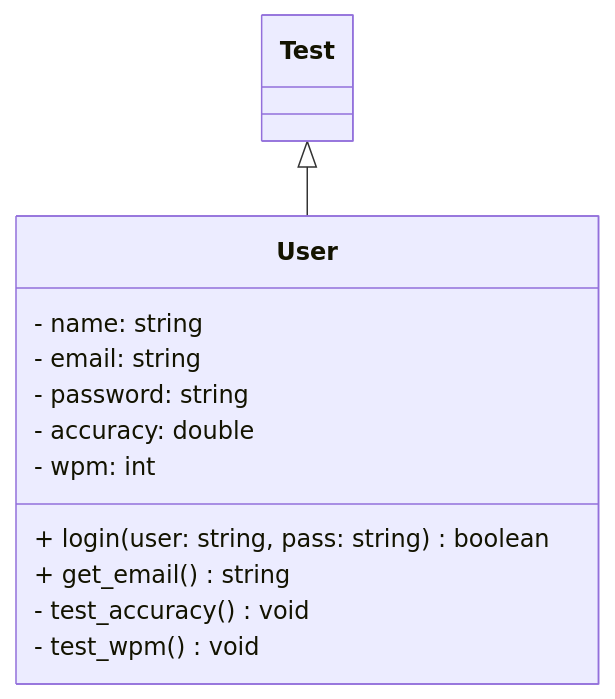
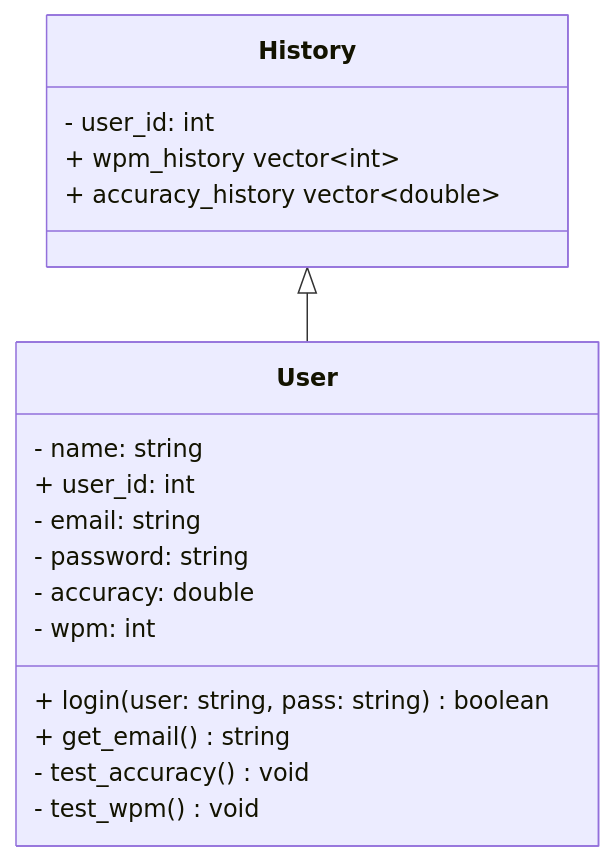
One commit to mnchapman-csuchico/tippitytappity-design changed the diagram in README.md. Above: the diagram before and after it, drawn with Mermaid.

````diff
--- a/README.md
+++ b/README.md
@@ -8,18 +8,21 @@
 ```mermaid
 classDiagram
-  Test <|-- User
-  class Test{
-        
+  History <|-- User
+  class History{
+        - user_id: int
+        + wpm_history vector~int~
+        + accuracy_history vector~double~
   }
   class User{
         - name: string
+        + user_id: int
         - email: string
         - password: string
         - accuracy: double
         - wpm: int
         + login(user: string, pass: string) boolean
         + get_email() string
         - test_accuracy() void
         - test_wpm() void
   }
 ```
````
